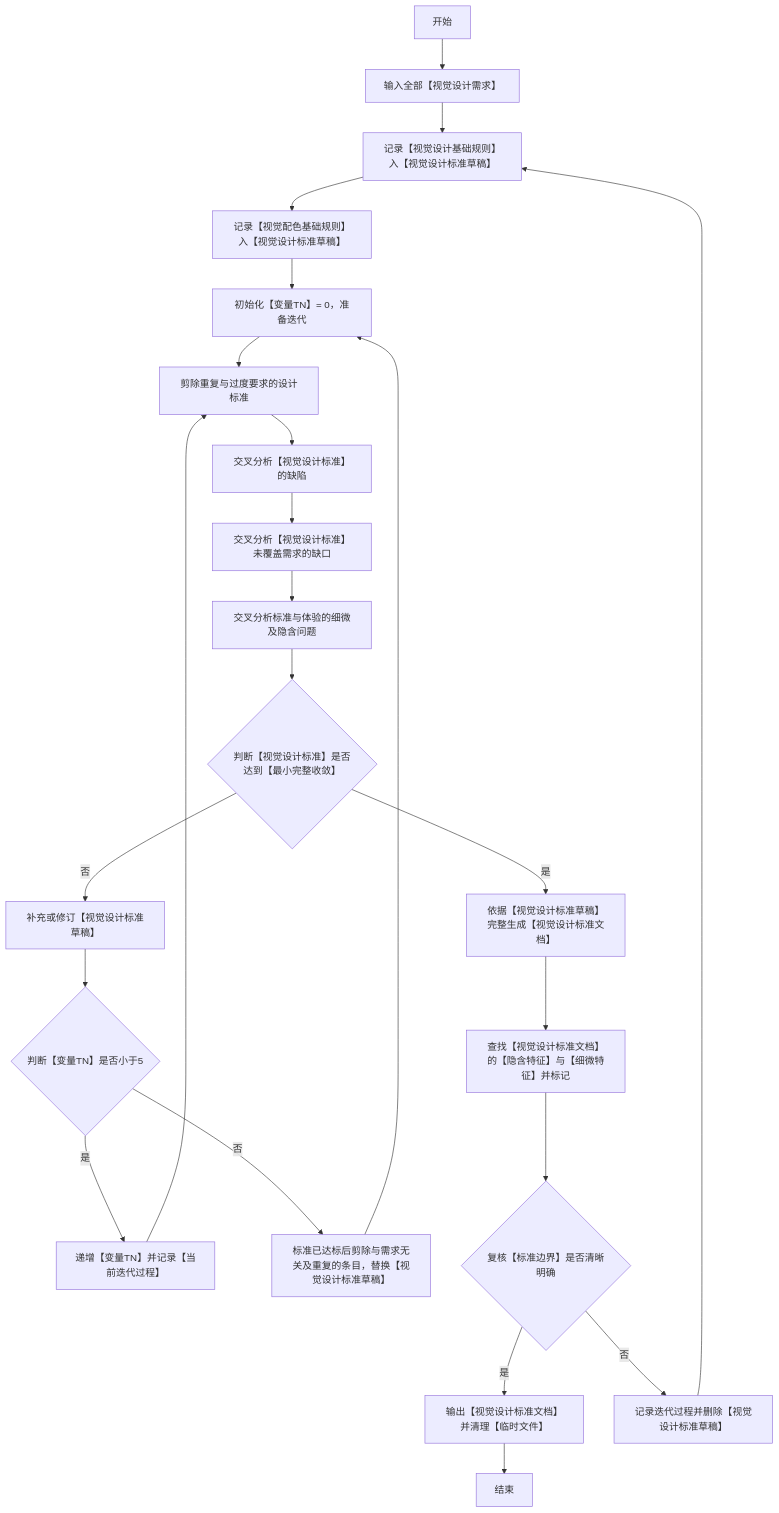
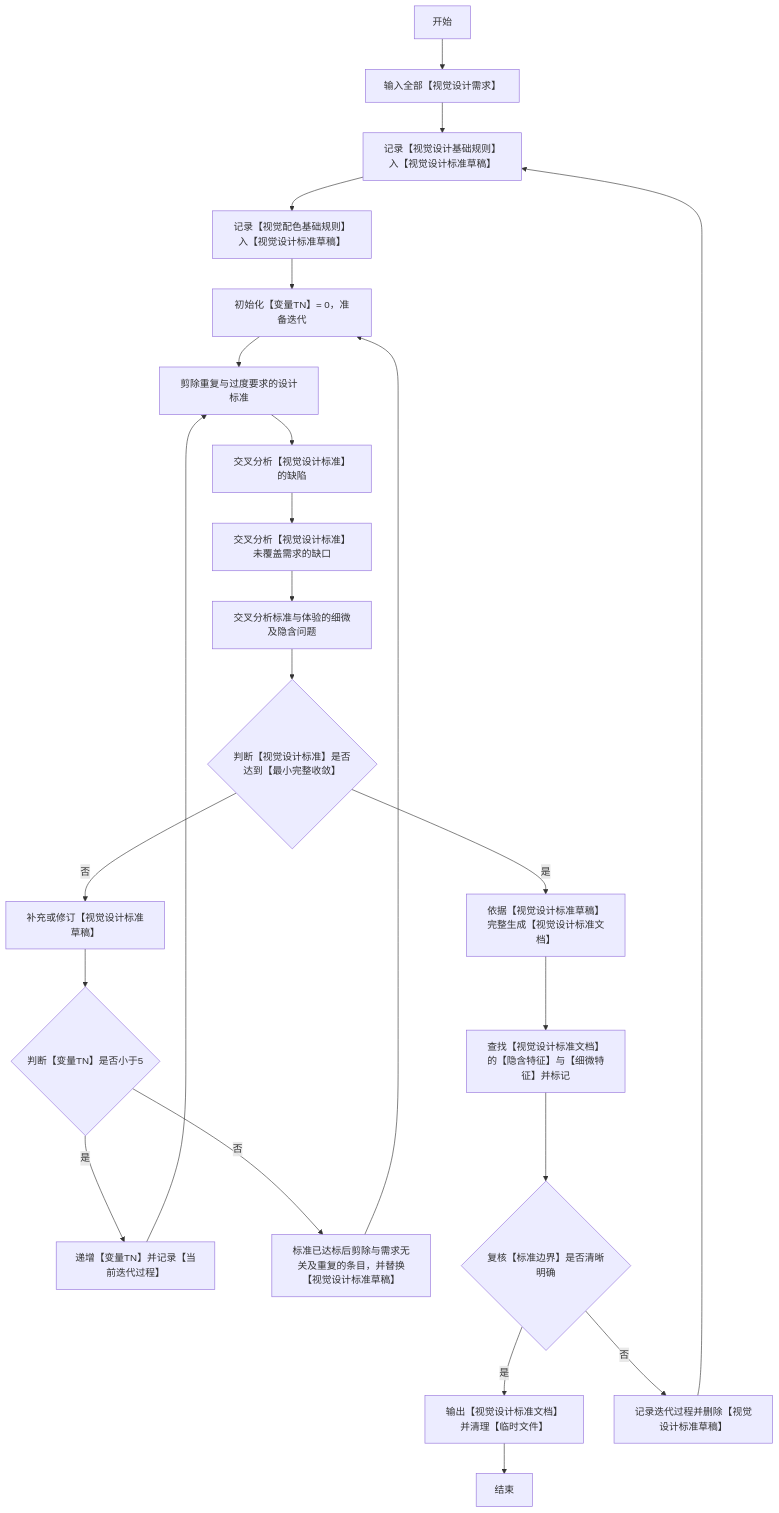
One commit to zhoumingxuan/Delepi changed the first of 2 diagrams in skills/visual-design/visual-design.md. Above: the diagram before and after it, drawn with Mermaid. The commit also changed other lines of this file and 42 other files, not shown here.

````diff
--- a/skills/visual-design/visual-design.md
+++ b/skills/visual-design/visual-design.md
@@ -4,25 +4,25 @@
 ```mermaid
 flowchart TD
     START[开始] --> A[输入全部【视觉设计需求】]
     A --> B[记录【视觉设计基础规则】入【视觉设计标准草稿】]
     B --> C[记录【视觉配色基础规则】入【视觉设计标准草稿】]
     C --> D[初始化【变量TN】= 0，准备迭代]
     D --> E[剪除重复与过度要求的设计标准]
     E --> F[交叉分析【视觉设计标准】的缺陷]
     F --> G[交叉分析【视觉设计标准】未覆盖需求的缺口]
     G --> H[交叉分析标准与体验的细微及隐含问题]
     H --> I{判断【视觉设计标准】是否达到【最小完整收敛】}
     I -- 否 --> J[补充或修订【视觉设计标准草稿】]
     J --> K{判断【变量TN】是否小于5}
     K -- 是 --> L[递增【变量TN】并记录【当前迭代过程】]
     L --> E
-    K -- 否 --> M[标准已达标后剪除与需求无关及重复的条目，替换【视觉设计标准草稿】]
+    K -- 否 --> M[标准已达标后剪除与需求无关及重复的条目，并替换【视觉设计标准草稿】]
     M --> D
     I -- 是 --> N[依据【视觉设计标准草稿】完整生成【视觉设计标准文档】]
     N --> O[查找【视觉设计标准文档】的【隐含特征】与【细微特征】并标记]
     O --> P{复核【标准边界】是否清晰明确}
     P -- 是 --> Q[输出【视觉设计标准文档】并清理【临时文件】]
     P -- 否 --> R[记录迭代过程并删除【视觉设计标准草稿】]
     R --> B
     Q --> END[结束]
 ```
````
